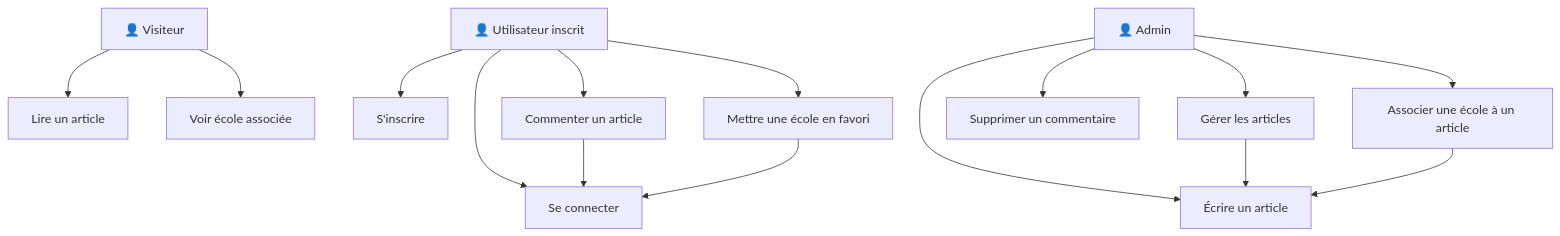
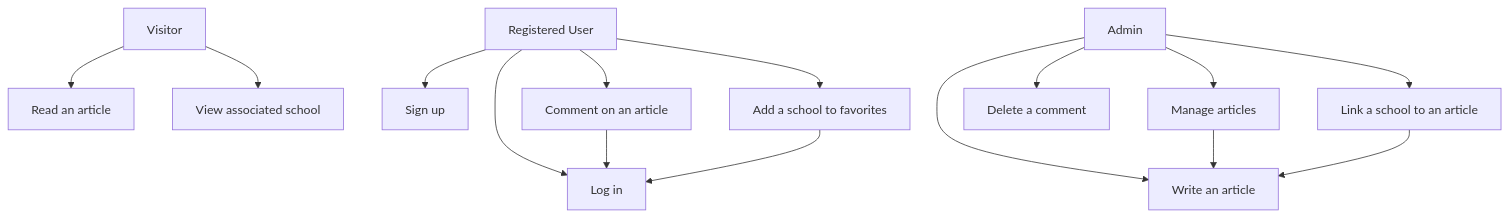
One commit to KerdanetYvan/absolute-app changed the fourth of 5 diagrams in uml.md. Above: the diagram before and after it, drawn with Mermaid.

Commit message:
use case modif

````diff
--- a/uml.md
+++ b/uml.md
@@ -142,50 +142,51 @@
 ```mermaid
 graph TD
 
-  %% Acteurs
-  Visiteur[👤 Visiteur]
-  Utilisateur[👤 Utilisateur inscrit]
-  Admin[👤 Admin]
+  %% Actors
+  Visitor[Visitor]
+  RegisteredUser[Registered User]
+  Admin[Admin]
 
-  %% Fonctionnalités publiques
-  LireArticle[Lire un article]
-  VoirEcole[Voir école associée]
+  %% Public features
+  ReadArticle[Read an article]
+  ViewSchool[View associated school]
 
-  %% Fonctionnalités utilisateur
-  Inscription[S'inscrire]
-  Connexion[Se connecter]
-  Commenter[Commenter un article]
-  Favori[Mettre une école en favori]
+  %% User features
+  SignUp[Sign up]
+  Login[Log in]
+  Comment[Comment on an article]
+  Favorite[Add a school to favorites]
 
-  %% Fonctionnalités admin
-  EcrireArticle[Écrire un article]
-  GérerArticles[Gérer les articles]
-  AssocierEcole[Associer une école à un article]
-  SupprimerCommentaire[Supprimer un commentaire]
+  %% Admin features
+  WriteArticle[Write an article]
+  ManageArticles[Manage articles]
+  LinkSchool[Link a school to an article]
+  DeleteComment[Delete a comment]
 
-  %% Liens Visiteur
-  Visiteur --> LireArticle
-  Visiteur --> VoirEcole
+  %% Visitor links
+  Visitor --> ReadArticle
+  Visitor --> ViewSchool
 
-  %% Liens Utilisateur
-  Utilisateur --> Inscription
-  Utilisateur --> Connexion
-  Utilisateur --> Commenter
-  Utilisateur --> Favori
+  %% Registered user links
+  RegisteredUser --> SignUp
+  RegisteredUser --> Login
+  RegisteredUser --> Comment
+  RegisteredUser --> Favorite
 
-  %% Dépendance logique (include)
-  Commenter --> Connexion
-  Favori --> Connexion
+  %% Logical dependencies (include)
+  Comment --> Login
+  Favorite --> Login
 
-  %% Liens Admin
-  Admin --> EcrireArticle
-  Admin --> GérerArticles
-  Admin --> AssocierEcole
-  Admin --> SupprimerCommentaire
+  %% Admin links
+  Admin --> WriteArticle
+  Admin --> ManageArticles
+  Admin --> LinkSchool
+  Admin --> DeleteComment
 
-  %% Dépendance logique entre cas admin
-  GérerArticles --> EcrireArticle
-  AssocierEcole --> EcrireArticle
+  %% Logical dependencies between admin use cases
+  ManageArticles --> WriteArticle
+  LinkSchool --> WriteArticle
+
 
 
 ```
````
